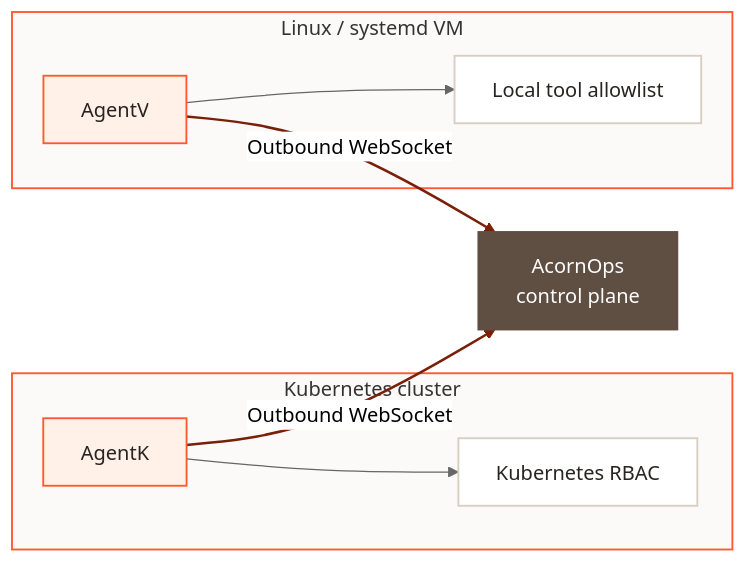
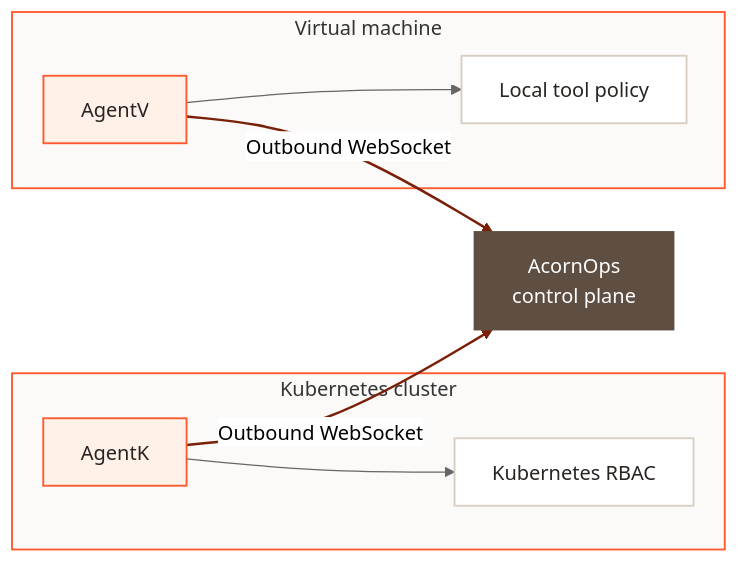
Before and after one commit to acornops/docs-website: the second of 2 diagrams in overview/security.mdx, drawn with Mermaid (neutral theme). The commit also changed other lines of this file and 14 other files, not shown here.

````diff
--- a/overview/security.mdx
+++ b/overview/security.mdx
@@ -46,32 +46,32 @@
 ```mermaid
 flowchart LR
   subgraph Kubernetes["Kubernetes cluster"]
     AgentK["AgentK"]
     KPolicy["Kubernetes RBAC"]
     AgentK --> KPolicy
   end
 
-  subgraph VM["Linux / systemd VM"]
+  subgraph VM["Virtual machine"]
     AgentV["AgentV"]
-    VPolicy["Local tool allowlist"]
+    VPolicy["Local tool policy"]
     AgentV --> VPolicy
   end
 
   ControlPlane["AcornOps<br/>control plane"]
 
   AgentK -->|Outbound WebSocket| ControlPlane
   AgentV -->|Outbound WebSocket| ControlPlane
 
   classDef target fill:#FFF0E8,stroke:#FF5A2F,color:#282421,stroke-width:1.5px;
   classDef policy fill:#FFFFFF,stroke:#D8CEC2,color:#282421,stroke-width:1.5px;
   classDef platform fill:#5F4E42,stroke:#5F4E42,color:#FFFFFF,stroke-width:1.5px;
 
   class AgentK,AgentV target;
   class KPolicy,VPolicy policy;
   class ControlPlane platform;
 
   style Kubernetes fill:#FBFAF8,stroke:#FF5A2F,stroke-width:1.5px
   style VM fill:#FBFAF8,stroke:#FF5A2F,stroke-width:1.5px
 
   linkStyle 2,3 stroke:#7A1F08,stroke-width:2px;
 ```
````
